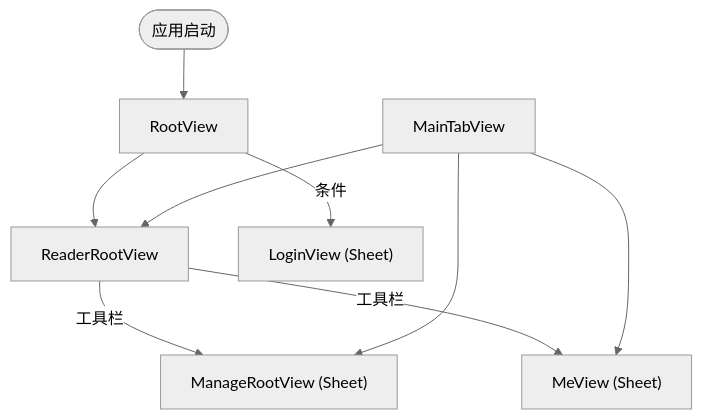
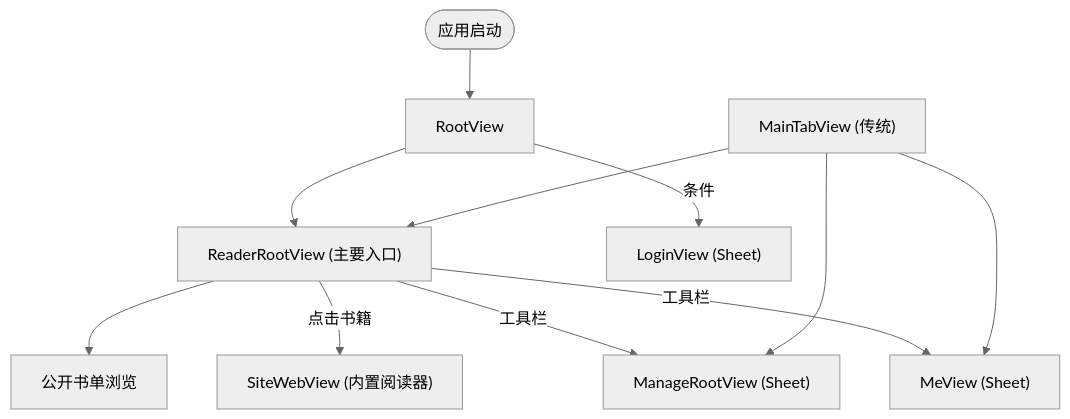
One commit to javaandnet/ainovel changed the fourth of 11 diagrams in .qoder/repowiki/zh/content/系统架构设计/前端架构设计/iOS 应用架构.md. Above: the diagram before and after it, drawn with Mermaid (neutral theme). The commit also changed other lines of this file and 89 other files, not shown here.

````diff
--- a/.qoder/repowiki/zh/content/系统架构设计/前端架构设计/iOS 应用架构.md
+++ b/.qoder/repowiki/zh/content/系统架构设计/前端架构设计/iOS 应用架构.md
@@ -254,11 +302,13 @@
 ```mermaid
 flowchart TD
 Start(["应用启动"]) --> Root["RootView"]
-Root --> Reader["ReaderRootView"]
+Root --> Reader["ReaderRootView (主要入口)"]
 Root --> |条件| Login["LoginView (Sheet)"]
+Reader --> Catalog["公开书单浏览"]
+Reader --> |点击书籍| SiteWeb["SiteWebView (内置阅读器)"]
 Reader --> |工具栏| Manage["ManageRootView (Sheet)"]
 Reader --> |工具栏| Me["MeView (Sheet)"]
-MainTab["MainTabView"] --> Reader
+MainTab["MainTabView (传统)"] --> Reader
 MainTab --> Manage
 MainTab --> Me
 ```
````
